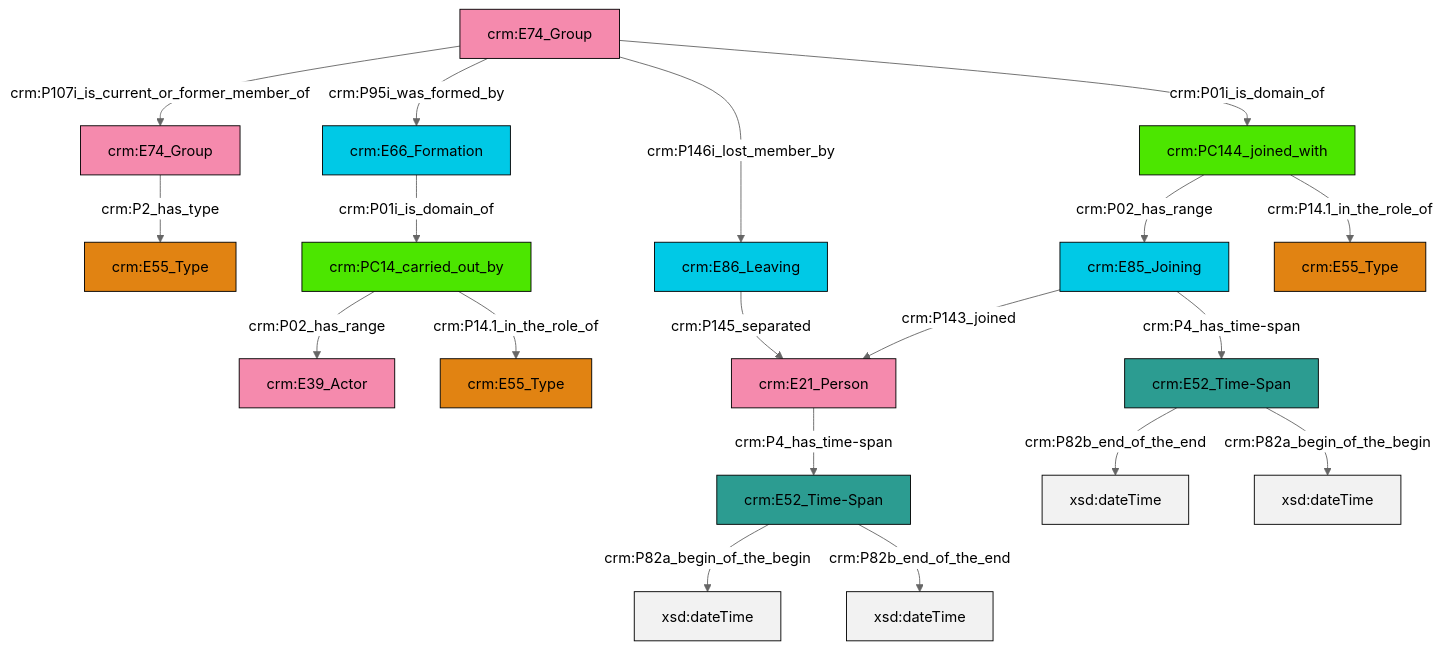
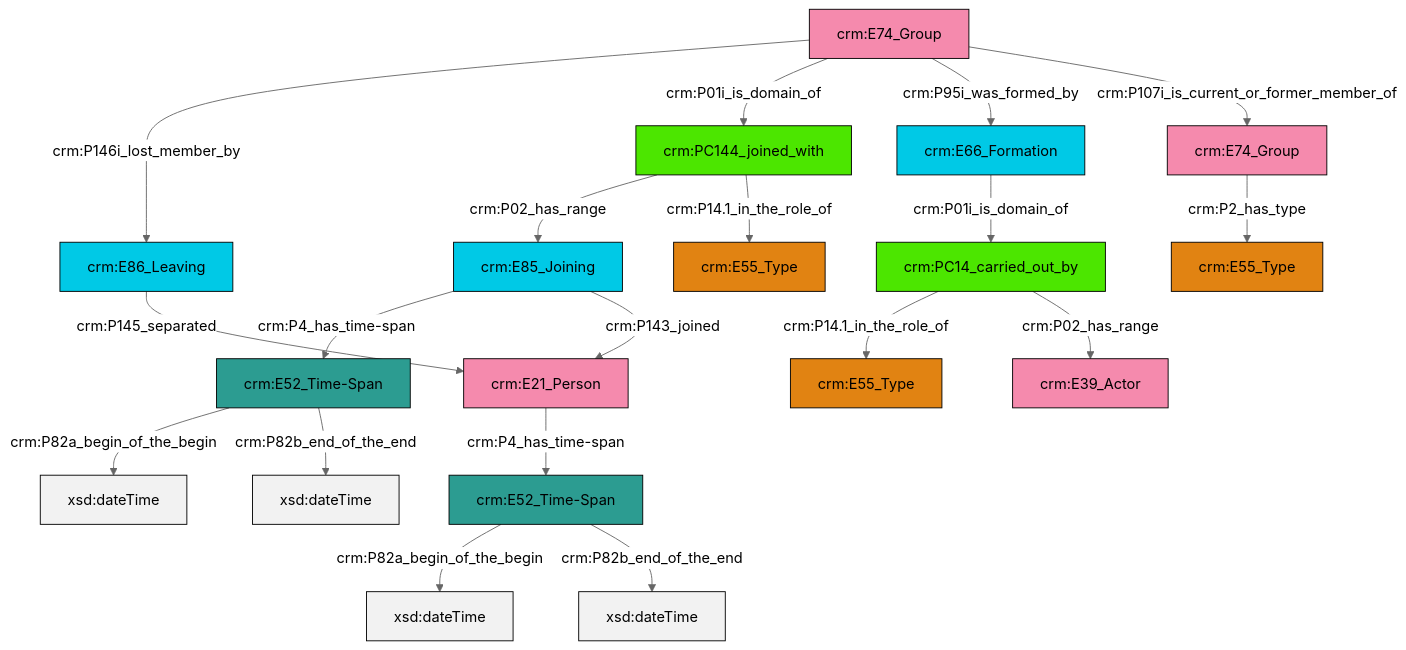
Before and after one commit to swiss-art-research-net/docs.swissartresearch: the diagram in et/groupCSV/ttl/mmd/group_actor_relations.ttl.mmd, drawn with Mermaid (neutral theme). The commit also changed 127 other files, not shown here.

```diff
--- a/et/groupCSV/ttl/mmd/group_actor_relations.ttl.mmd
+++ b/et/groupCSV/ttl/mmd/group_actor_relations.ttl.mmd
@@ -1,33 +1,33 @@
 graph TD
 classDef Literal fill:#f2f2f2,stroke:#000000;
 classDef CRM_Entity fill:#FFFFFF,stroke:#000000;
 classDef Temporal_Entity fill:#00C9E6, stroke:#000000;
 classDef Type fill:#E18312, stroke:#000000;
 classDef Time-Span fill:#2C9C91, stroke:#000000;
 classDef Appellation fill:#FFEB7F, stroke:#000000;
 classDef Place fill:#008836, stroke:#000000;
 classDef Persistent_Item fill:#B266B2, stroke:#000000;
 classDef Conceptual_Object fill:#FFD700, stroke:#000000;
 classDef Physical_Thing fill:#D2B48C, stroke:#000000;
 classDef Actor fill:#f58aad, stroke:#000000;
 classDef PC_Classes fill:#4ce600, stroke:#000000;
 classDef Multi fill:#cccccc,stroke:#000000;
 
-0["crm:E85_Joining"]:::Temporal_Entity -->|crm:P143_joined| 1["crm:E21_Person"]:::Actor
-2["crm:E74_Group"]:::Actor -->|crm:P107i_is_current_or_former_member_of| 3["crm:E74_Group"]:::Actor
-2["crm:E74_Group"]:::Actor -->|crm:P95i_was_formed_by| 4["crm:E66_Formation"]:::Temporal_Entity
-3["crm:E74_Group"]:::Actor -->|crm:P2_has_type| 6["crm:E55_Type"]:::Type
-4["crm:E66_Formation"]:::Temporal_Entity -->|crm:P01i_is_domain_of| 7["crm:PC14_carried_out_by"]:::PC_Classes
-8["crm:E52_Time-Span"]:::Time-Span -->|crm:P82a_begin_of_the_begin| 9[xsd:dateTime]:::Literal
-7["crm:PC14_carried_out_by"]:::PC_Classes -->|crm:P02_has_range| 13["crm:E39_Actor"]:::Actor
-14["crm:E86_Leaving"]:::Temporal_Entity -->|crm:P145_separated| 1["crm:E21_Person"]:::Actor
-15["crm:E52_Time-Span"]:::Time-Span -->|crm:P82b_end_of_the_end| 16[xsd:dateTime]:::Literal
-7["crm:PC14_carried_out_by"]:::PC_Classes -->|crm:P14.1_in_the_role_of| 21["crm:E55_Type"]:::Type
-2["crm:E74_Group"]:::Actor -->|crm:P146i_lost_member_by| 14["crm:E86_Leaving"]:::Temporal_Entity
-2["crm:E74_Group"]:::Actor -->|crm:P01i_is_domain_of| 11["crm:PC144_joined_with"]:::PC_Classes
-8["crm:E52_Time-Span"]:::Time-Span -->|crm:P82b_end_of_the_end| 24[xsd:dateTime]:::Literal
-0["crm:E85_Joining"]:::Temporal_Entity -->|crm:P4_has_time-span| 15["crm:E52_Time-Span"]:::Time-Span
-15["crm:E52_Time-Span"]:::Time-Span -->|crm:P82a_begin_of_the_begin| 29[xsd:dateTime]:::Literal
-11["crm:PC144_joined_with"]:::PC_Classes -->|crm:P02_has_range| 0["crm:E85_Joining"]:::Temporal_Entity
-1["crm:E21_Person"]:::Actor -->|crm:P4_has_time-span| 8["crm:E52_Time-Span"]:::Time-Span
-11["crm:PC144_joined_with"]:::PC_Classes -->|crm:P14.1_in_the_role_of| 19["crm:E55_Type"]:::Type
+0["crm:E74_Group"]:::Actor -->|crm:P146i_lost_member_by| 1["crm:E86_Leaving"]:::Temporal_Entity
+2["crm:E52_Time-Span"]:::Time-Span -->|crm:P82a_begin_of_the_begin| 3[xsd:dateTime]:::Literal
+5["crm:E74_Group"]:::Actor -->|crm:P2_has_type| 6["crm:E55_Type"]:::Type
+0["crm:E74_Group"]:::Actor -->|crm:P01i_is_domain_of| 7["crm:PC144_joined_with"]:::PC_Classes
+2["crm:E52_Time-Span"]:::Time-Span -->|crm:P82b_end_of_the_end| 11[xsd:dateTime]:::Literal
+0["crm:E74_Group"]:::Actor -->|crm:P95i_was_formed_by| 12["crm:E66_Formation"]:::Temporal_Entity
+19["crm:PC14_carried_out_by"]:::PC_Classes -->|crm:P14.1_in_the_role_of| 17["crm:E55_Type"]:::Type
+7["crm:PC144_joined_with"]:::PC_Classes -->|crm:P02_has_range| 15["crm:E85_Joining"]:::Temporal_Entity
+15["crm:E85_Joining"]:::Temporal_Entity -->|crm:P4_has_time-span| 2["crm:E52_Time-Span"]:::Time-Span
+22["crm:E21_Person"]:::Actor -->|crm:P4_has_time-span| 20["crm:E52_Time-Span"]:::Time-Span
+0["crm:E74_Group"]:::Actor -->|crm:P107i_is_current_or_former_member_of| 5["crm:E74_Group"]:::Actor
+7["crm:PC144_joined_with"]:::PC_Classes -->|crm:P14.1_in_the_role_of| 9["crm:E55_Type"]:::Type
+20["crm:E52_Time-Span"]:::Time-Span -->|crm:P82a_begin_of_the_begin| 25[xsd:dateTime]:::Literal
+15["crm:E85_Joining"]:::Temporal_Entity -->|crm:P143_joined| 22["crm:E21_Person"]:::Actor
+1["crm:E86_Leaving"]:::Temporal_Entity -->|crm:P145_separated| 22["crm:E21_Person"]:::Actor
+12["crm:E66_Formation"]:::Temporal_Entity -->|crm:P01i_is_domain_of| 19["crm:PC14_carried_out_by"]:::PC_Classes
+20["crm:E52_Time-Span"]:::Time-Span -->|crm:P82b_end_of_the_end| 29[xsd:dateTime]:::Literal
+19["crm:PC14_carried_out_by"]:::PC_Classes -->|crm:P02_has_range| 31["crm:E39_Actor"]:::Actor
```
